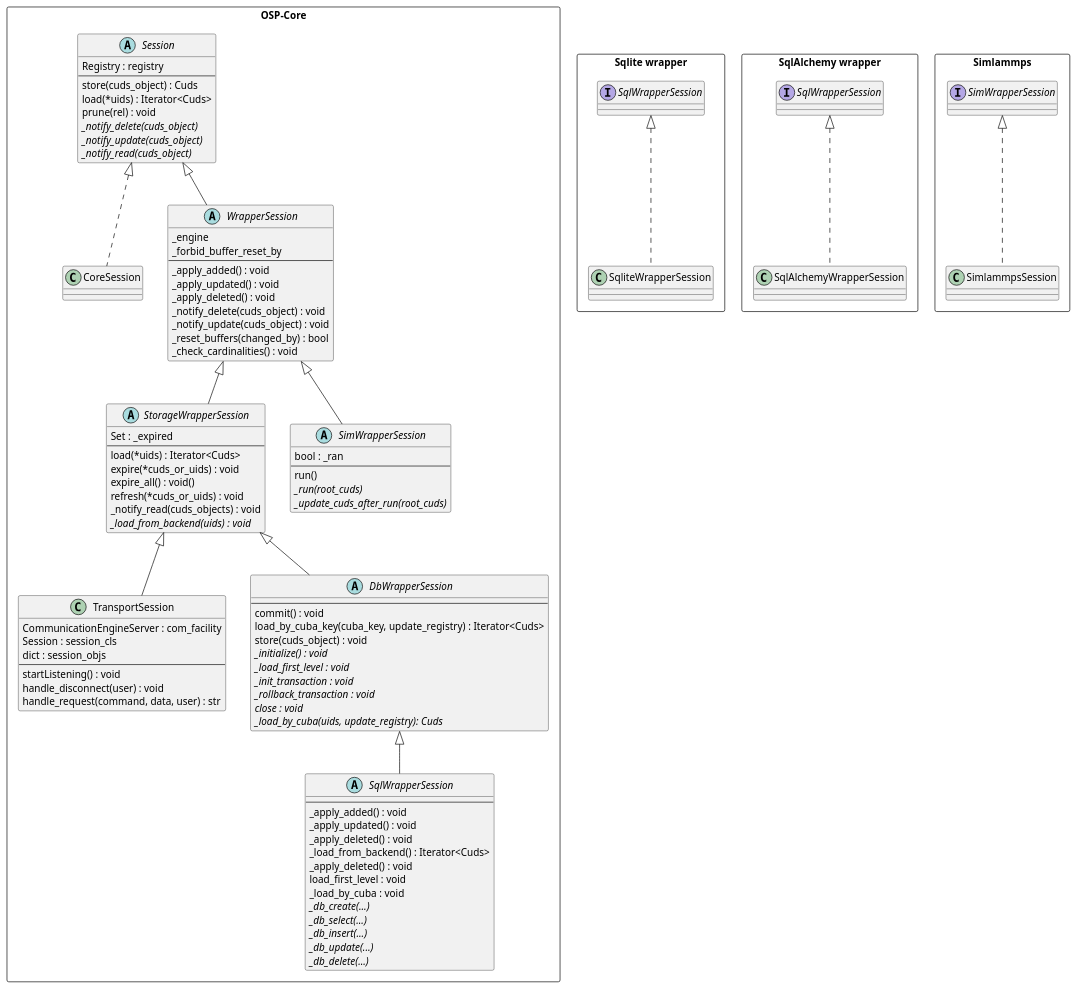
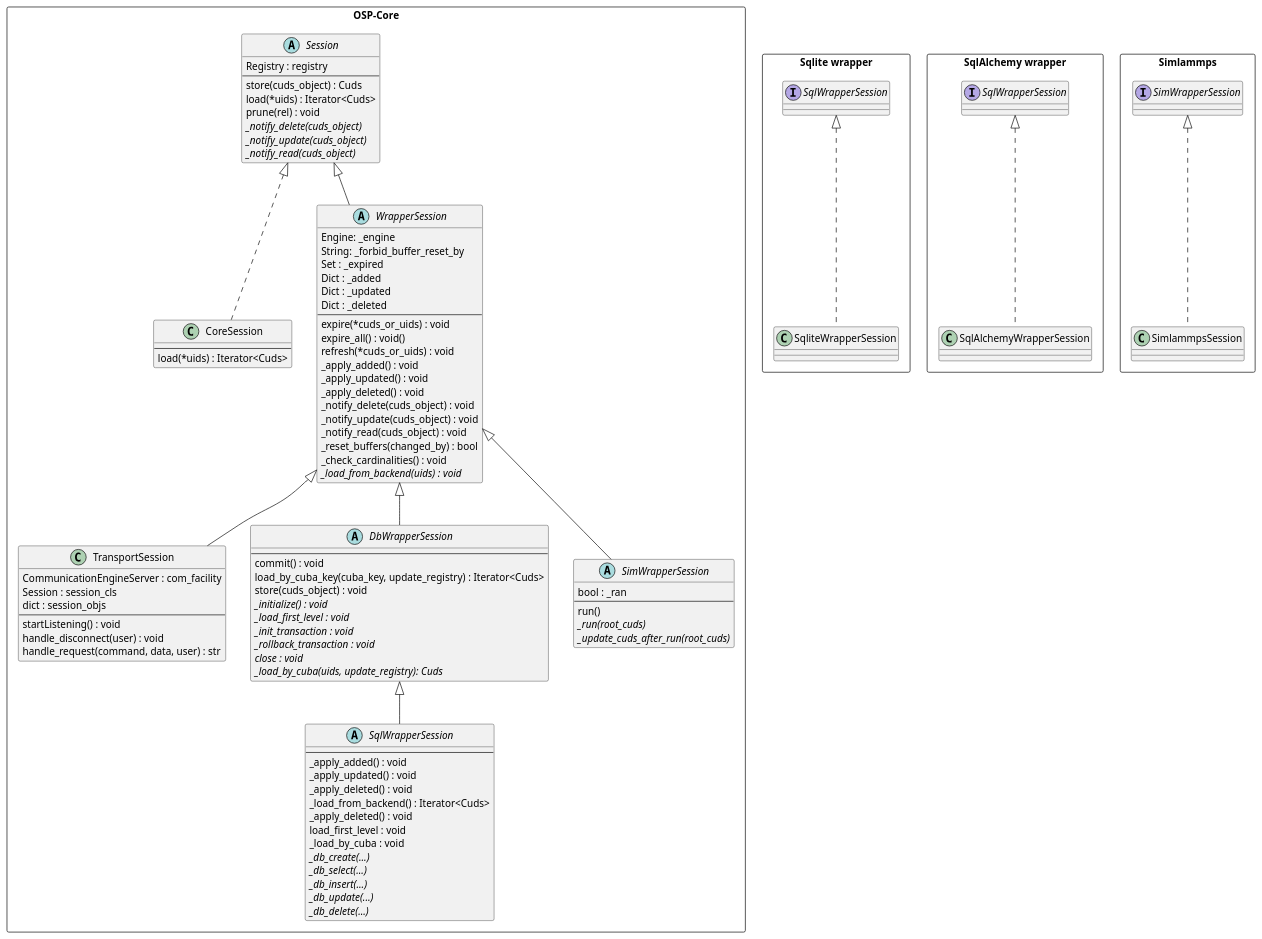
One commit to simphony/wrapper-development changed the second of 2 diagrams in README.md. Above: the diagram before and after it, drawn with PlantUML. The commit also changed other lines of this file and 4 other files, not shown here.

```diff
--- a/README.md
+++ b/README.md
@@ -174,33 +175,33 @@
     }
 
     class CoreSession implements Session {
+      --
+      load(*uids) : Iterator<Cuds>
     }
 
     abstract class WrapperSession extends Session {
-      _engine
-      _forbid_buffer_reset_by
+      Engine: _engine
+      String: _forbid_buffer_reset_by
+      Set : _expired
+      Dict : _added
+      Dict : _updated
+      Dict : _deleted
       --
+      expire(*cuds_or_uids) : void
+      expire_all() : void()
+      refresh(*cuds_or_uids) : void
       _apply_added() : void
       _apply_updated() : void
       _apply_deleted() : void
       _notify_delete(cuds_object) : void
       _notify_update(cuds_object) : void
+      _notify_read(cuds_object) : void
       _reset_buffers(changed_by) : bool
       _check_cardinalities() : void
-    }
-
-    abstract class StorageWrapperSession extends WrapperSession {
-      Set : _expired
-      --
-      load(*uids) : Iterator<Cuds>
-      expire(*cuds_or_uids) : void
-      expire_all() : void()
-      refresh(*cuds_or_uids) : void
-      _notify_read(cuds_objects) : void
       {abstract}_load_from_backend(uids) : void
     }
 
-    class TransportSession extends StorageWrapperSession {
+    class TransportSession extends WrapperSession {
       CommunicationEngineServer : com_facility
       Session : session_cls
       dict : session_objs
@@ -210,7 +211,7 @@
       handle_request(command, data, user) : str
     }
 
-    abstract class DbWrapperSession extends StorageWrapperSession {
+    abstract class DbWrapperSession extends WrapperSession {
       --
       commit() : void
       load_by_cuba_key(cuba_key, update_registry) : Iterator<Cuds>
```
